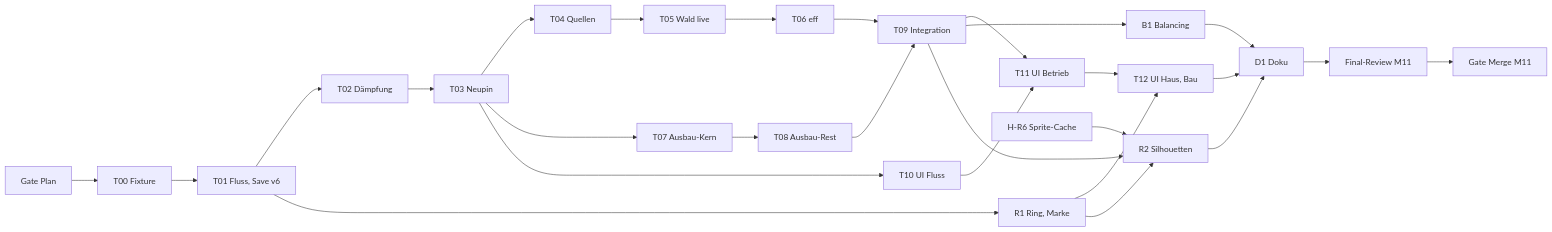
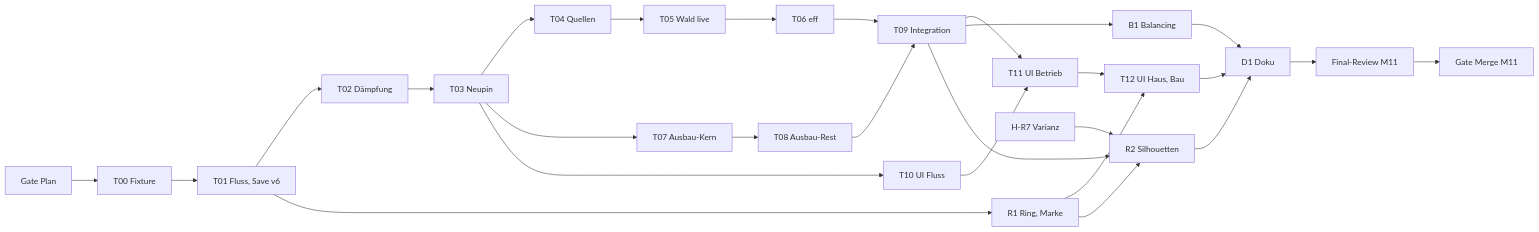
The diagram in docs/superpowers/plans/2026-10-03-m11-wirtschaft-im-fluss/orga-09-wellen-merges.md (konstantinniedermann/Inselreich), drawn with Mermaid before and after one commit. The commit also changed other lines of this file and 15 other files, not shown here.

````diff
--- a/docs/superpowers/plans/2026-10-03-m11-wirtschaft-im-fluss/orga-09-wellen-merges.md
+++ b/docs/superpowers/plans/2026-10-03-m11-wirtschaft-im-fluss/orga-09-wellen-merges.md
@@ -21,29 +21,29 @@
 ```mermaid
 flowchart LR
   GP["Gate Plan"] --> T00["T00 Fixture"]
   T00 --> T01["T01 Fluss, Save v6"]
   T01 --> T02["T02 Dämpfung"]
   T01 --> R1["R1 Ring, Marke"]
   T02 --> T03["T03 Neupin"]
   T03 --> T04["T04 Quellen"]
   T04 --> T05["T05 Wald live"]
   T05 --> T06["T06 eff"]
   T03 --> T07["T07 Ausbau-Kern"]
   T07 --> T08["T08 Ausbau-Rest"]
   T03 --> T10["T10 UI Fluss"]
   T06 --> T09["T09 Integration"]
   T08 --> T09
   T09 --> T11["T11 UI Betrieb"]
   T10 --> T11
   R1 --> T12["T12 UI Haus, Bau"]
   T11 --> T12
   T09 --> B1["B1 Balancing"]
   T09 --> R2["R2 Silhouetten"]
   R1 --> R2
-  HR6["H-R6 Sprite-Cache"] --> R2
+  HR7["H-R7 Varianz"] --> R2
   T12 --> D1["D1 Doku"]
   R2 --> D1
   B1 --> D1
   D1 --> FR["Final-Review M11"]
   FR --> GM["Gate Merge M11"]
 ```
````
